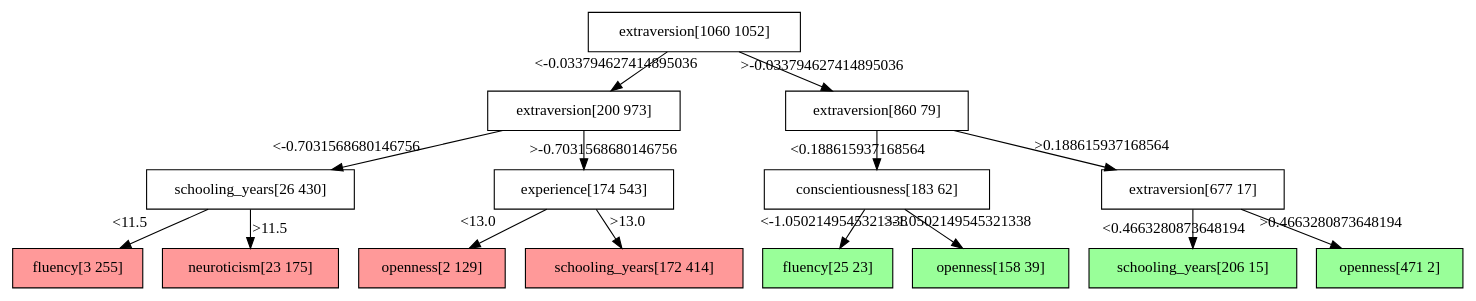
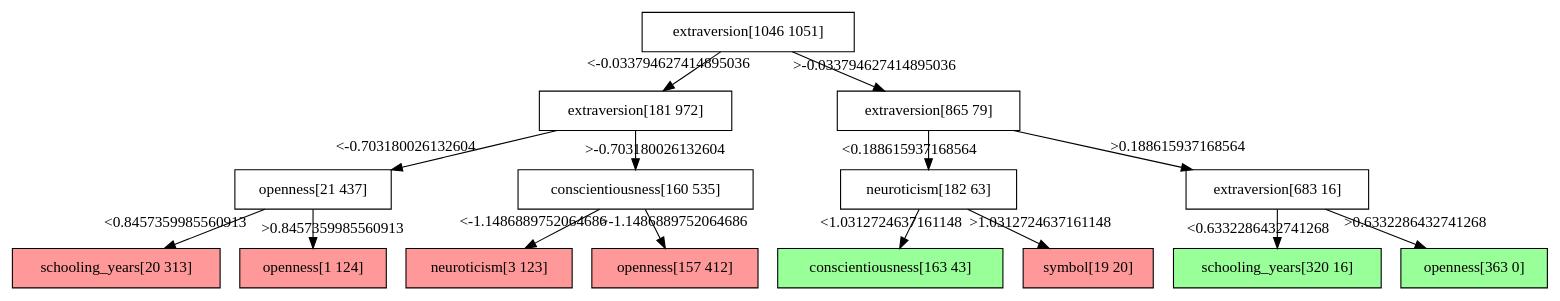
Before and after one commit to Poojabl26/Programming-Project: the diagram in skills_and_wages/bld/out/analysis/decision_tree.dot, drawn with Graphviz. The commit also changed 16 other files, not shown here.

```diff
--- a/skills_and_wages/bld/out/analysis/decision_tree.dot
+++ b/skills_and_wages/bld/out/analysis/decision_tree.dot
@@ -1,32 +1,32 @@
 digraph Tree {
 node [shape=box, style="filled", color="black"] ;
-0 [ label="extraversion[1060 1052]" , fillcolor="#ffffff"] ;
-1 [ label="extraversion[200 973]" , fillcolor="#ffffff"] ;
+0 [ label="extraversion[1046 1051]" , fillcolor="#ffffff"] ;
+1 [ label="extraversion[181 972]" , fillcolor="#ffffff"] ;
 0->1 [labeldistance=2.5, labelangle=45, headlabel="<-0.033794627414895036"] ;
-3 [ label="schooling_years[26 430]" , fillcolor="#ffffff"] ;
-1->3 [labeldistance=2.5, labelangle=45, headlabel="<-0.7031568680146756"] ;
-5 [ label="fluency[3 255]" , fillcolor="#ff9999"] ;
-3->5 [labeldistance=2.5, labelangle=45, headlabel="<11.5"] ;
-6 [ label="neuroticism[23 175]" , fillcolor="#ff9999"] ;
-3->6 [labeldistance=2.5, labelangle=-45, headlabel=">11.5"] ;
-4 [ label="experience[174 543]" , fillcolor="#ffffff"] ;
-1->4 [labeldistance=2.5, labelangle=-45, headlabel=">-0.7031568680146756"] ;
-7 [ label="openness[2 129]" , fillcolor="#ff9999"] ;
-4->7 [labeldistance=2.5, labelangle=45, headlabel="<13.0"] ;
-8 [ label="schooling_years[172 414]" , fillcolor="#ff9999"] ;
-4->8 [labeldistance=2.5, labelangle=-45, headlabel=">13.0"] ;
-2 [ label="extraversion[860 79]" , fillcolor="#ffffff"] ;
+3 [ label="openness[21 437]" , fillcolor="#ffffff"] ;
+1->3 [labeldistance=2.5, labelangle=45, headlabel="<-0.703180026132604"] ;
+5 [ label="schooling_years[20 313]" , fillcolor="#ff9999"] ;
+3->5 [labeldistance=2.5, labelangle=45, headlabel="<0.8457359985560913"] ;
+6 [ label="openness[1 124]" , fillcolor="#ff9999"] ;
+3->6 [labeldistance=2.5, labelangle=-45, headlabel=">0.8457359985560913"] ;
+4 [ label="conscientiousness[160 535]" , fillcolor="#ffffff"] ;
+1->4 [labeldistance=2.5, labelangle=-45, headlabel=">-0.703180026132604"] ;
+7 [ label="neuroticism[3 123]" , fillcolor="#ff9999"] ;
+4->7 [labeldistance=2.5, labelangle=45, headlabel="<-1.1486889752064686"] ;
+8 [ label="openness[157 412]" , fillcolor="#ff9999"] ;
+4->8 [labeldistance=2.5, labelangle=-45, headlabel=">-1.1486889752064686"] ;
+2 [ label="extraversion[865 79]" , fillcolor="#ffffff"] ;
 0->2 [labeldistance=2.5, labelangle=-45, headlabel=">-0.033794627414895036"] ;
-9 [ label="conscientiousness[183 62]" , fillcolor="#ffffff"] ;
+9 [ label="neuroticism[182 63]" , fillcolor="#ffffff"] ;
 2->9 [labeldistance=2.5, labelangle=45, headlabel="<0.188615937168564"] ;
-11 [ label="fluency[25 23]" , fillcolor="#99ff99"] ;
-9->11 [labeldistance=2.5, labelangle=45, headlabel="<-1.0502149545321338"] ;
-12 [ label="openness[158 39]" , fillcolor="#99ff99"] ;
-9->12 [labeldistance=2.5, labelangle=-45, headlabel=">-1.0502149545321338"] ;
-10 [ label="extraversion[677 17]" , fillcolor="#ffffff"] ;
+11 [ label="conscientiousness[163 43]" , fillcolor="#99ff99"] ;
+9->11 [labeldistance=2.5, labelangle=45, headlabel="<1.0312724637161148"] ;
+12 [ label="symbol[19 20]" , fillcolor="#ff9999"] ;
+9->12 [labeldistance=2.5, labelangle=-45, headlabel=">1.0312724637161148"] ;
+10 [ label="extraversion[683 16]" , fillcolor="#ffffff"] ;
 2->10 [labeldistance=2.5, labelangle=-45, headlabel=">0.188615937168564"] ;
-13 [ label="schooling_years[206 15]" , fillcolor="#99ff99"] ;
-10->13 [labeldistance=2.5, labelangle=45, headlabel="<0.4663280873648194"] ;
-14 [ label="openness[471 2]" , fillcolor="#99ff99"] ;
-10->14 [labeldistance=2.5, labelangle=-45, headlabel=">0.4663280873648194"] ;
+13 [ label="schooling_years[320 16]" , fillcolor="#99ff99"] ;
+10->13 [labeldistance=2.5, labelangle=45, headlabel="<0.6332286432741268"] ;
+14 [ label="openness[363 0]" , fillcolor="#99ff99"] ;
+10->14 [labeldistance=2.5, labelangle=-45, headlabel=">0.6332286432741268"] ;
 }
```
